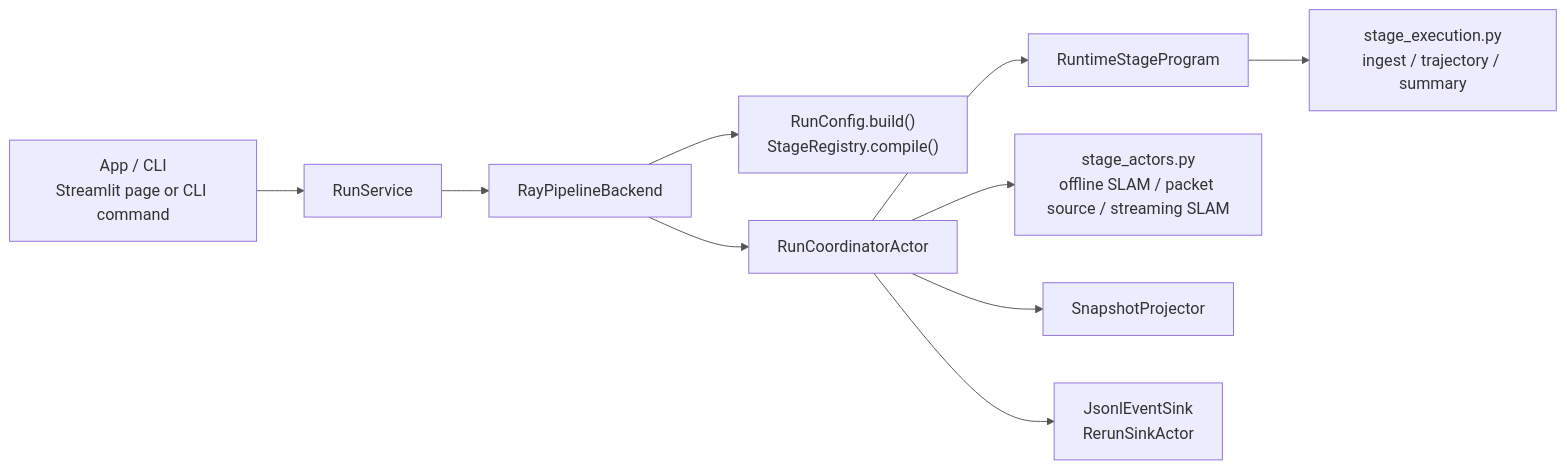
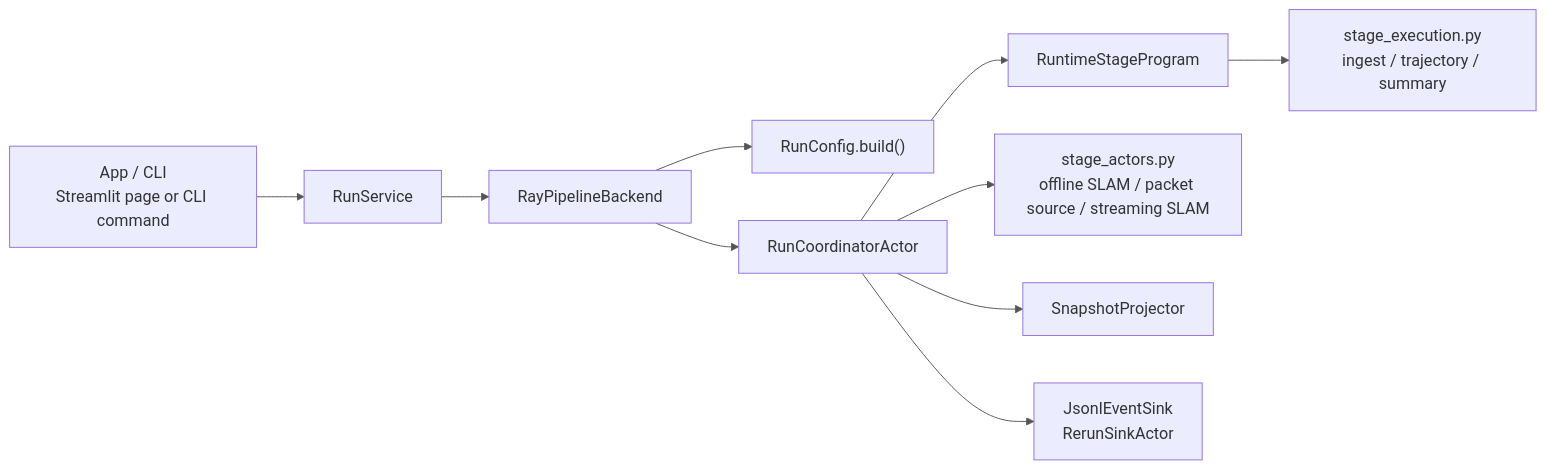
One commit to JanDuchscherer104/prml-vslam changed the diagram in docs/figures/mermaid/pipeline/pipeline_runtime_overview.mmd. Above: the diagram before and after it, drawn with Mermaid. The commit also changed 25 other files, not shown here.

```diff
--- a/docs/figures/mermaid/pipeline/pipeline_runtime_overview.mmd
+++ b/docs/figures/mermaid/pipeline/pipeline_runtime_overview.mmd
@@ -1,20 +1,20 @@
 %%{init: {
   "theme": "base",
   "themeVariables": {
     "fontSize": "17px",
     "primaryColor": "#ECECFF",
     "primaryBorderColor": "#9370DB",
     "lineColor": "#555555",
     "tertiaryColor": "#FFF4DD"
   }
 }}%%
 flowchart LR
     UI["App / CLI<br/>Streamlit page or CLI command"] --> Service["RunService"]
     Service --> Backend["RayPipelineBackend"]
-    Backend --> Planner["RunConfig.build()<br/>StageRegistry.compile()"]
+    Backend --> Planner["RunConfig.build()"]
     Backend --> Coord["RunCoordinatorActor"]
     Coord --> Program["RuntimeStageProgram"]
     Program --> Batch["stage_execution.py<br/>ingest / trajectory / summary"]
     Coord --> Actors["stage_actors.py<br/>offline SLAM / packet source / streaming SLAM"]
     Coord --> Projector["SnapshotProjector"]
     Coord --> Sinks["JsonlEventSink<br/>RerunSinkActor"]
```
